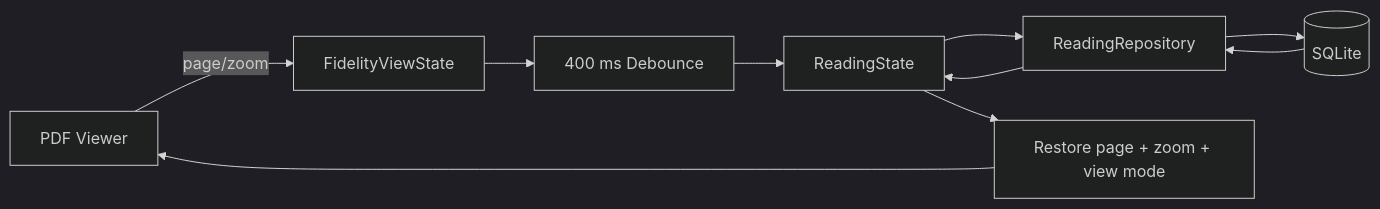
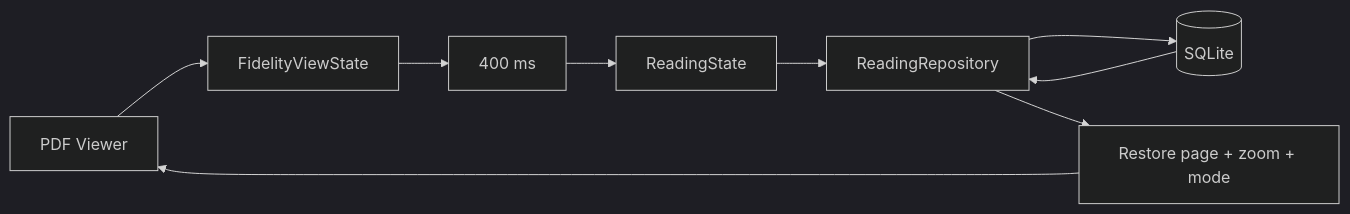
Before and after one commit to aaditya140103/kola: the eighth of 14 diagrams in docs/PROJECT_GRAPH.md, drawn with Mermaid (dark theme). The commit also changed other lines of this file, not shown here.

Commit message:
Document annotation management data flow

````diff
--- a/docs/PROJECT_GRAPH.md
+++ b/docs/PROJECT_GRAPH.md
@@ -136,13 +144,5 @@
 ```mermaid
 flowchart LR
-    PDF[PDF Viewer]
-    State[FidelityViewState]
-    Debounce[400 ms Debounce]
-    Reading[ReadingState]
-    Repo[ReadingRepository]
-    DB[(SQLite)]
-    Restore[Restore page + zoom + view mode]
-
-    PDF -- page/zoom --> State --> Debounce --> Reading --> Repo --> DB
-    DB --> Repo --> Reading --> Restore --> PDF
+    PDF[PDF Viewer] --> State[FidelityViewState] --> Debounce[400 ms] --> Reading[ReadingState] --> Repo[ReadingRepository] --> DB[(SQLite)]
+    DB --> Repo --> Restore[Restore page + zoom + mode] --> PDF
 ```
````
